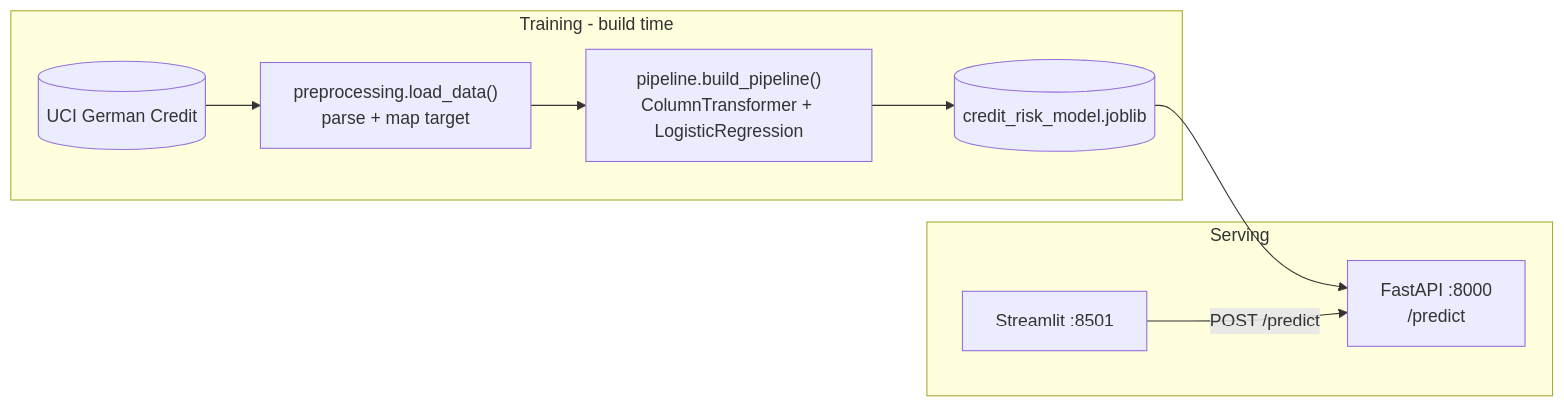
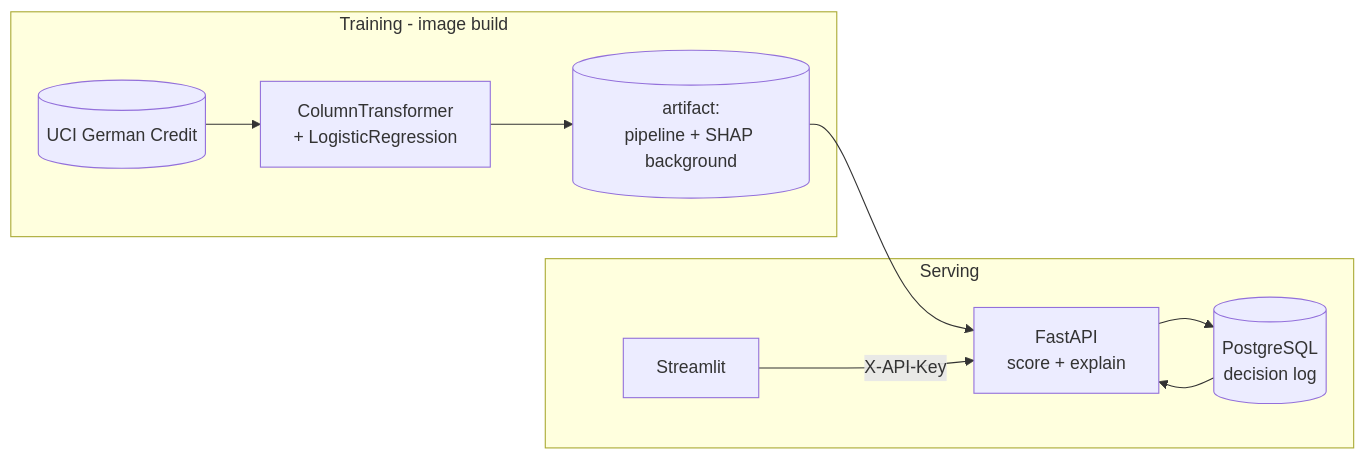
Before and after one commit to jorgeasmz/Credit-Risk-Assessment: the diagram in README.md, drawn with Mermaid. The commit also changed other lines of this file, not shown here.

Commit message:
docs: Document the audit log, explanations and deployment

````diff
--- a/README.md
+++ b/README.md
@@ -15,13 +15,14 @@
 ```mermaid
 flowchart LR
-    subgraph training["Training - build time"]
-        UCI[("UCI German Credit")] --> PREP["preprocessing.load_data()<br/>parse + map target"]
-        PREP --> PIPE["pipeline.build_pipeline()<br/>ColumnTransformer + LogisticRegression"]
-        PIPE --> ART[("credit_risk_model.joblib")]
+    subgraph training["Training - image build"]
+        UCI[("UCI German Credit")] --> PIPE["ColumnTransformer<br/>+ LogisticRegression"]
+        PIPE --> ART[("artifact:<br/>pipeline + SHAP background")]
     end
 
     subgraph serving["Serving"]
-        ART --> API["FastAPI :8000<br/>/predict"]
-        UI["Streamlit :8501"] -->|POST /predict| API
+        ART --> API["FastAPI<br/>score + explain"]
+        UI["Streamlit"] -->|"X-API-Key"| API
+        API --> DB[("PostgreSQL<br/>decision log")]
+        DB --> API
     end
 ```
````
